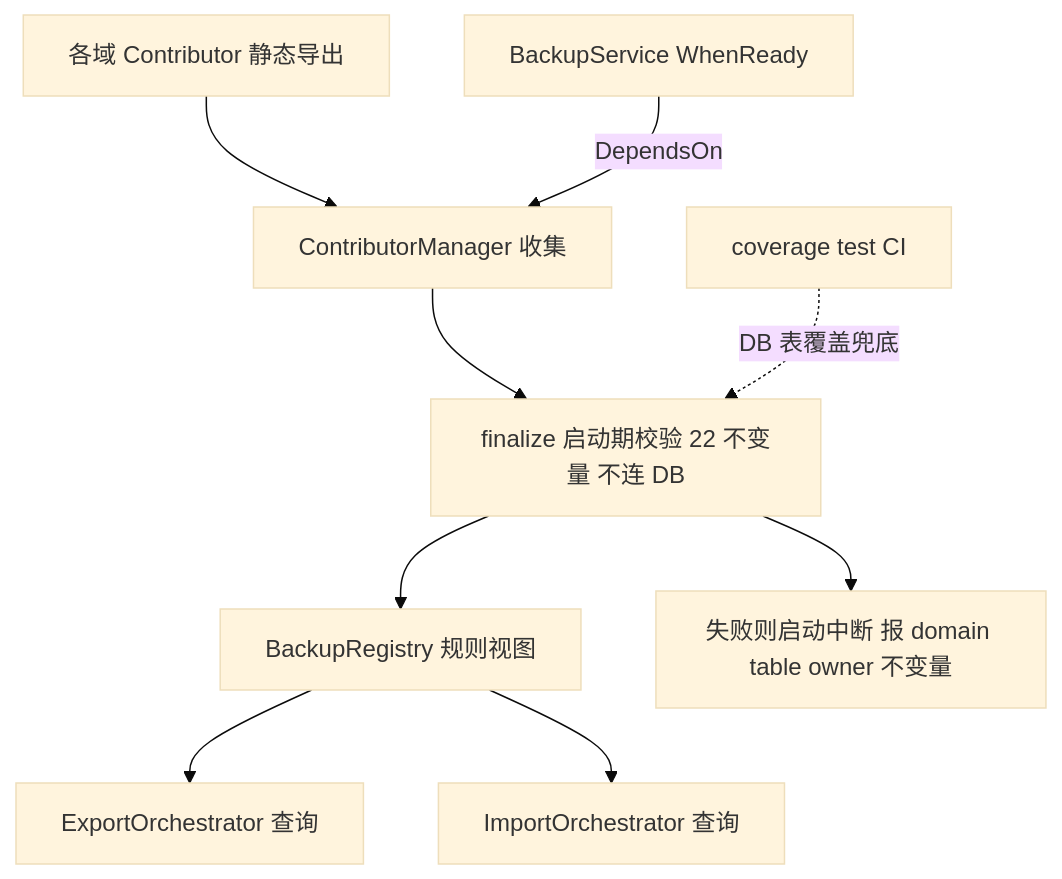
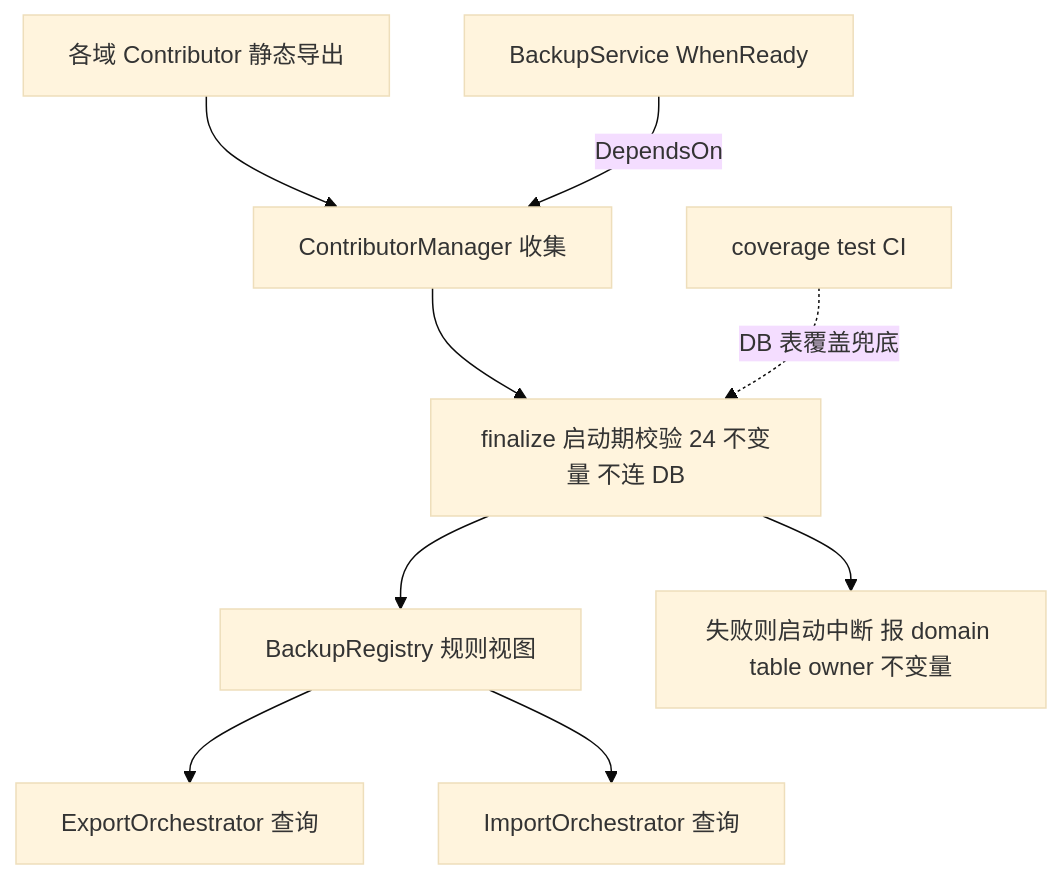
Before and after one commit to CherryHQ/cherry-studio: the fifth of 5 diagrams in docs/references/backup/backup-architecture.md, drawn with Mermaid (base theme). The commit also changed other lines of this file, not shown here.

````diff
--- a/docs/references/backup/backup-architecture.md
+++ b/docs/references/backup/backup-architecture.md
@@ -194,11 +194,11 @@
 ```mermaid
 flowchart TB
   C[各域 Contributor 静态导出] --> CM[ContributorManager 收集]
-  CM --> FN[finalize 启动期校验 22 不变量 不连 DB]
+  CM --> FN[finalize 启动期校验 24 不变量 不连 DB]
   FN --> BR[BackupRegistry 规则视图]
   FN --> X[失败则启动中断 报 domain table owner 不变量]
   BR --> EX[ExportOrchestrator 查询]
   BR --> IM[ImportOrchestrator 查询]
   BS[BackupService WhenReady] -->|DependsOn| CM
   CT[coverage test CI] -.DB 表覆盖兜底.-> FN
 ```
````
